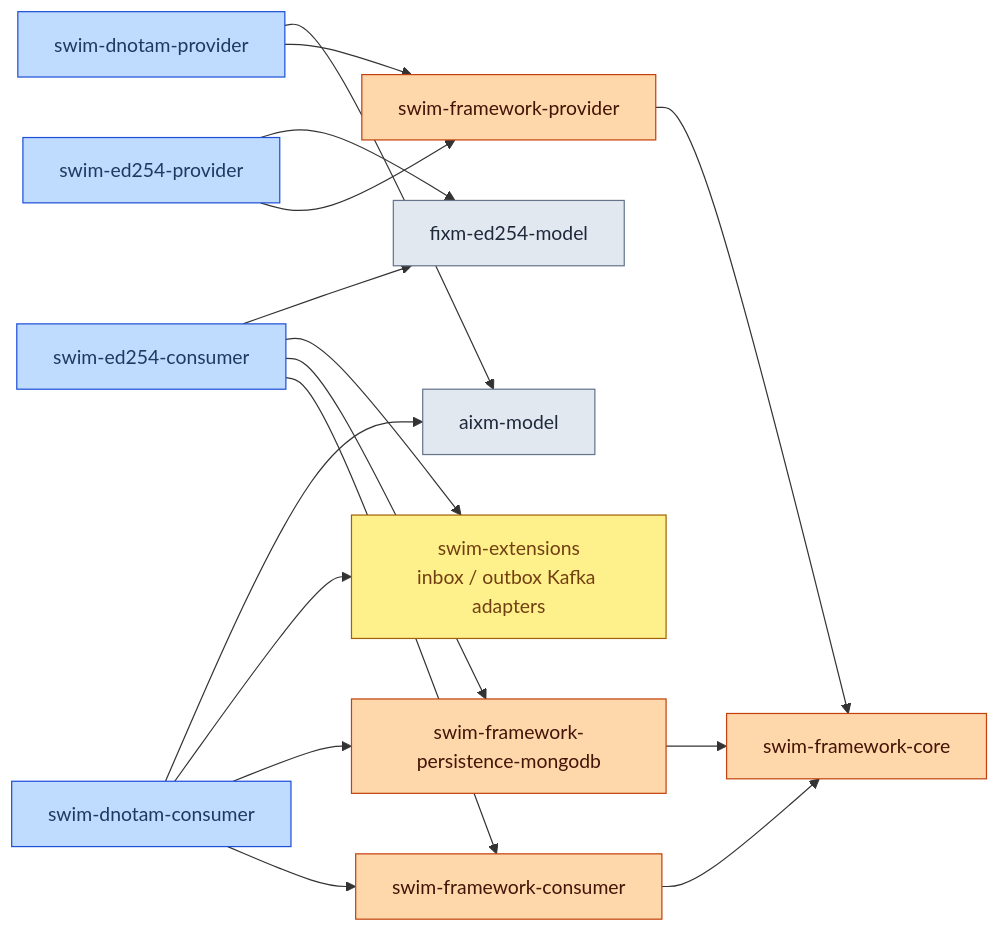
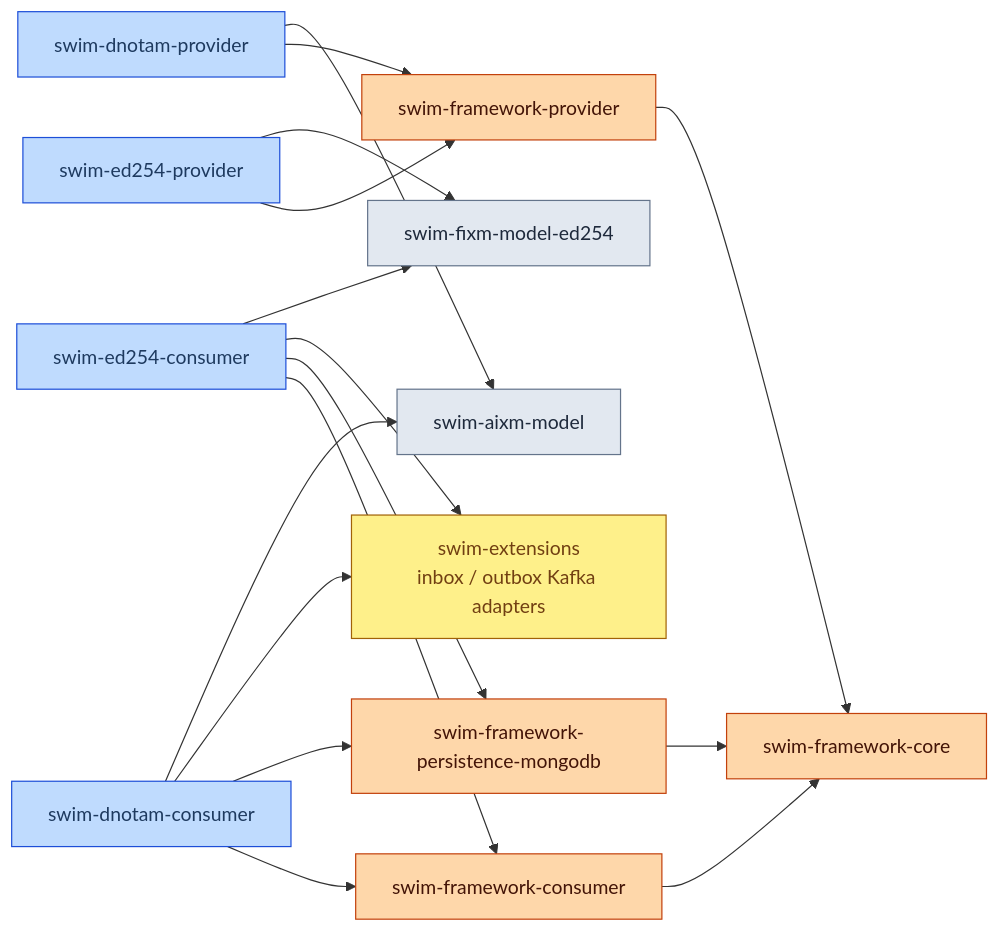
The fourth of 4 diagrams in ARCHITECTURE.md (swim-developer/swim-developer-root), drawn with Mermaid before and after one commit. The commit also changed 8 other files, not shown here.

````diff
--- a/ARCHITECTURE.md
+++ b/ARCHITECTURE.md
@@ -114,36 +114,36 @@
 ```mermaid
 graph LR
     classDef model fill:#E2E8F0,stroke:#64748B,color:#1e293b
     classDef fw fill:#FED7AA,stroke:#C2410C,color:#431407
     classDef svc fill:#BFDBFE,stroke:#1D4ED8,color:#1e3a5f
     classDef ext fill:#FEF08A,stroke:#A16207,color:#713f12
 
-    AIXM["aixm-model"]:::model
-    FIXM["fixm-ed254-model"]:::model
+    AIXM["swim-aixm-model"]:::model
+    FIXM["swim-fixm-model-ed254"]:::model
     CORE["swim-framework-core"]:::fw
     FCONS["swim-framework-consumer"]:::fw
     FPROV["swim-framework-provider"]:::fw
     FMONGO["swim-framework-persistence-mongodb"]:::fw
     EXT["swim-extensions\ninbox / outbox Kafka adapters"]:::ext
     DC["swim-dnotam-consumer"]:::svc
     DP["swim-dnotam-provider"]:::svc
     EC["swim-ed254-consumer"]:::svc
     EP["swim-ed254-provider"]:::svc
 
     FCONS --> CORE
     FPROV --> CORE
     FMONGO --> CORE
 
     DC --> FCONS
     DC --> FMONGO
     DC --> EXT
     DC --> AIXM
     DP --> FPROV
     DP --> AIXM
     EC --> FCONS
     EC --> FMONGO
     EC --> EXT
     EC --> FIXM
     EP --> FPROV
     EP --> FIXM
 ```
````
